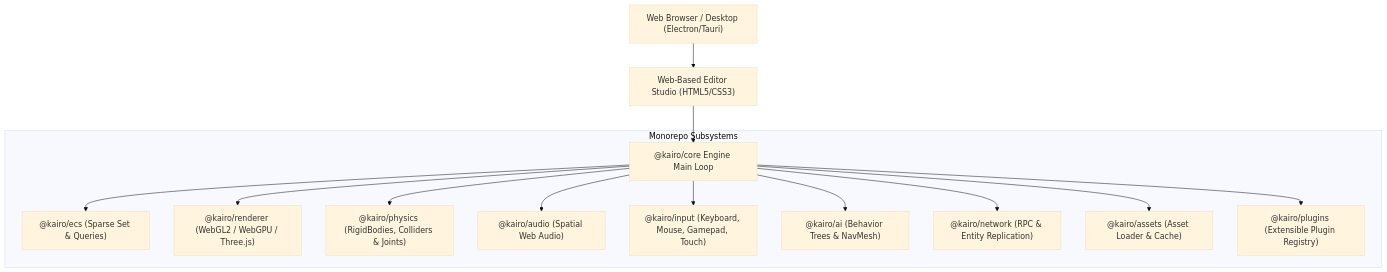
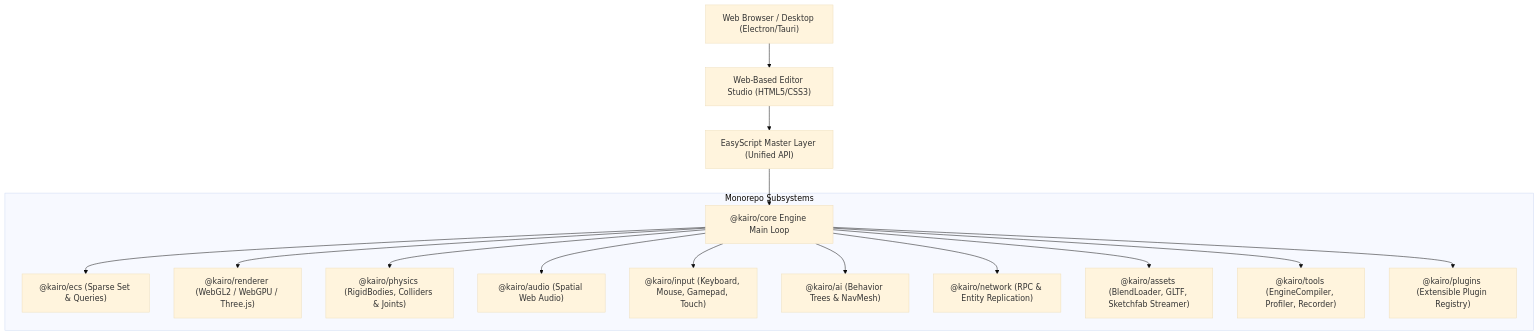
The diagram in docs/ARCHITECTURE.md (Baba01hacker666/Kairo), drawn with Mermaid (base theme) before and after one commit. The commit also changed other lines of this file and 3 other files, not shown here.

Commit message:
docs: update README, API reference, architecture specifications, and workings with EasyScript Master API details

````diff
--- a/docs/ARCHITECTURE.md
+++ b/docs/ARCHITECTURE.md
@@ -9,17 +9,19 @@
 ```mermaid
 graph TD
     User["Web Browser / Desktop (Electron/Tauri)"] --> EditorUI["Web-Based Editor Studio (HTML5/CSS3)"]
-    EditorUI --> EngineCore["@kairo/core Engine Main Loop"]
+    EditorUI --> EasyScript["EasyScript Master Layer (Unified API)"]
+    EasyScript --> EngineCore["@kairo/core Engine Main Loop"]
     
     subgraph Monorepo Subsystems
         EngineCore --> ECS["@kairo/ecs (Sparse Set & Queries)"]
         EngineCore --> Renderer["@kairo/renderer (WebGL2 / WebGPU / Three.js)"]
         EngineCore --> Physics["@kairo/physics (RigidBodies, Colliders & Joints)"]
         EngineCore --> Audio["@kairo/audio (Spatial Web Audio)"]
         EngineCore --> Input["@kairo/input (Keyboard, Mouse, Gamepad, Touch)"]
         EngineCore --> AI["@kairo/ai (Behavior Trees & NavMesh)"]
         EngineCore --> Network["@kairo/network (RPC & Entity Replication)"]
-        EngineCore --> Assets["@kairo/assets (Asset Loader & Cache)"]
+        EngineCore --> Assets["@kairo/assets (BlendLoader, GLTF, Sketchfab Streamer)"]
+        EngineCore --> Tools["@kairo/tools (EngineCompiler, Profiler, Recorder)"]
         EngineCore --> Plugins["@kairo/plugins (Extensible Plugin Registry)"]
     end
 ```
````
